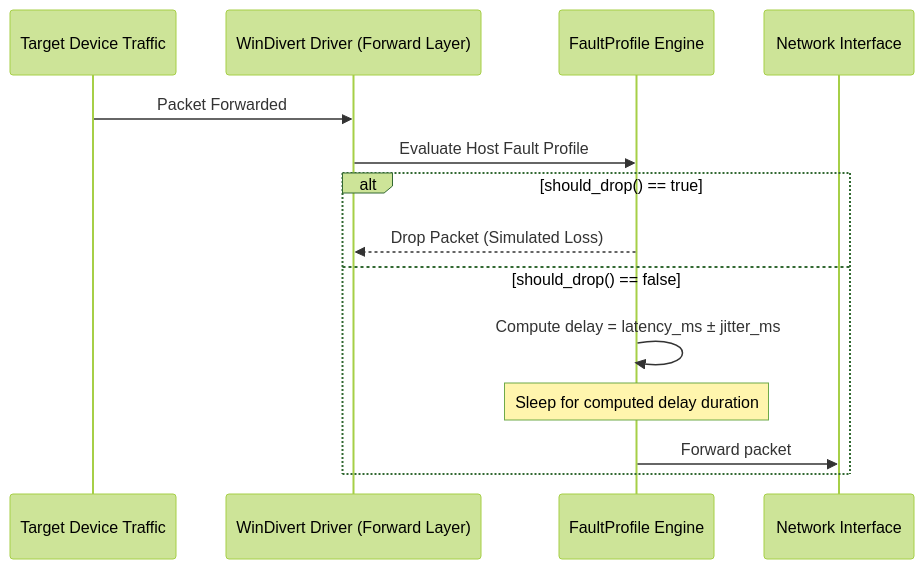
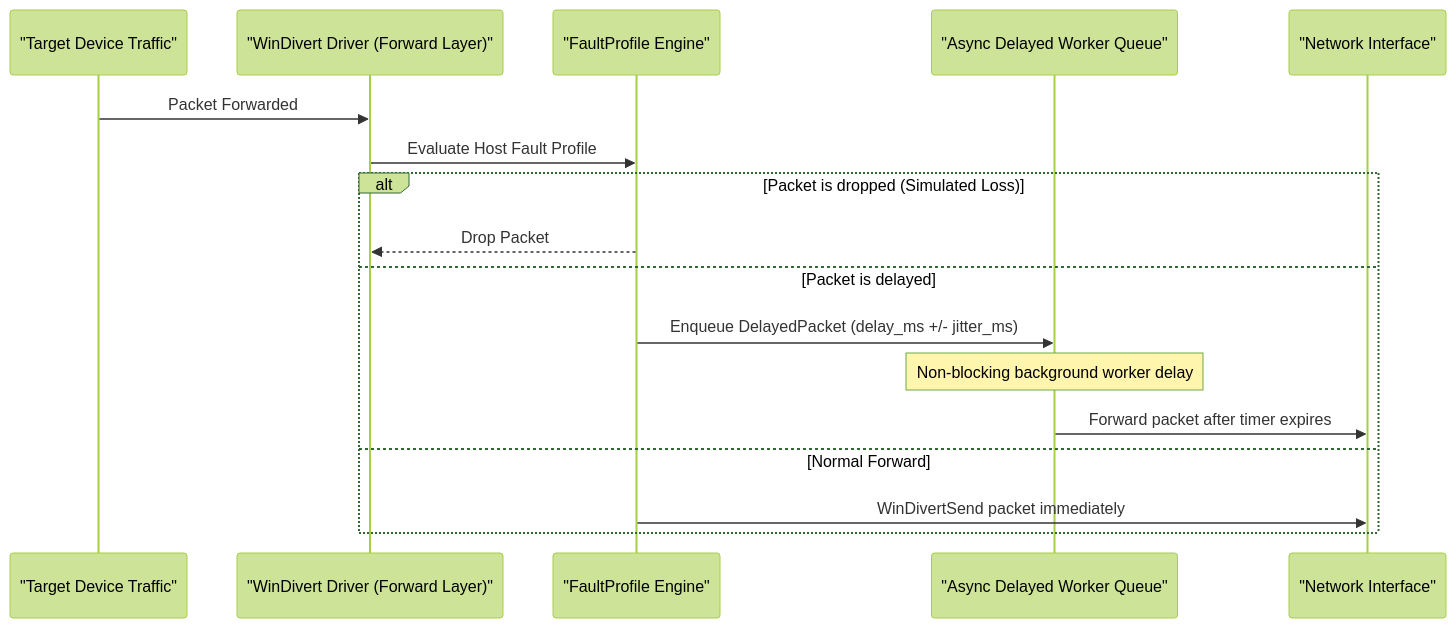
One commit to Neutron-0/Rustrict changed diagram 11 of 14 in README.md. Above: the diagram before and after it, drawn with Mermaid (forest theme). The commit also changed other lines of this file and 1 other file, not shown here.

First line of the commit message:
docs(readme,changelog): fix Mermaid diagram syntax and document L2 blackholing

````diff
--- a/README.md
+++ b/README.md
@@ -640,17 +635,20 @@
 ```mermaid
 sequenceDiagram
-    participant App as Target Device Traffic
-    participant WD as WinDivert Driver (Forward Layer)
-    participant Fault as FaultProfile Engine
-    participant Wire as Network Interface
+    participant App as "Target Device Traffic"
+    participant WD as "WinDivert Driver (Forward Layer)"
+    participant Fault as "FaultProfile Engine"
+    participant Queue as "Async Delayed Worker Queue"
+    participant Wire as "Network Interface"
 
     App->>WD: Packet Forwarded
     WD->>Fault: Evaluate Host Fault Profile
-    alt should_drop() == true
-        Fault-->>WD: Drop Packet (Simulated Loss)
-    else should_drop() == false
-        Fault->>Fault: Compute delay = latency_ms ± jitter_ms
-        Note over Fault: Sleep for computed delay duration
-        Fault->>Wire: Forward packet
+    alt Packet is dropped (Simulated Loss)
+        Fault-->>WD: Drop Packet
+    else Packet is delayed
+        Fault->>Queue: Enqueue DelayedPacket (delay_ms +/- jitter_ms)
+        Note over Queue: Non-blocking background worker delay
+        Queue->>Wire: Forward packet after timer expires
+    else Normal Forward
+        Fault->>Wire: WinDivertSend packet immediately
     end
 ```
````
